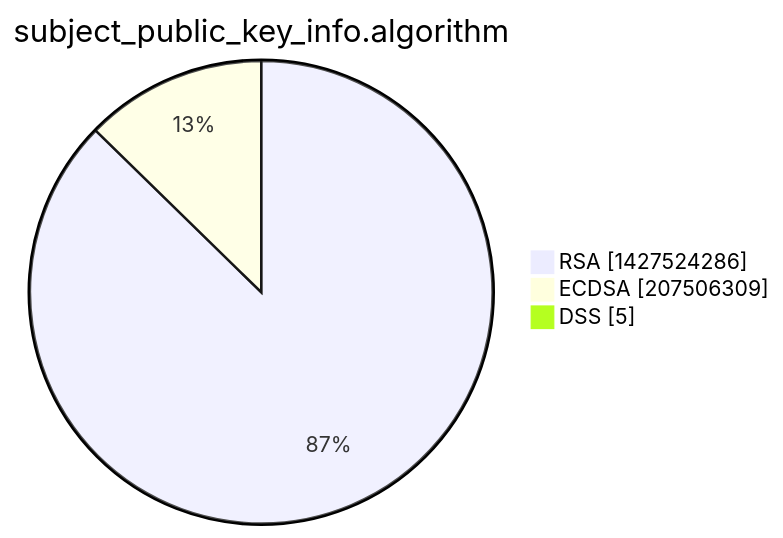
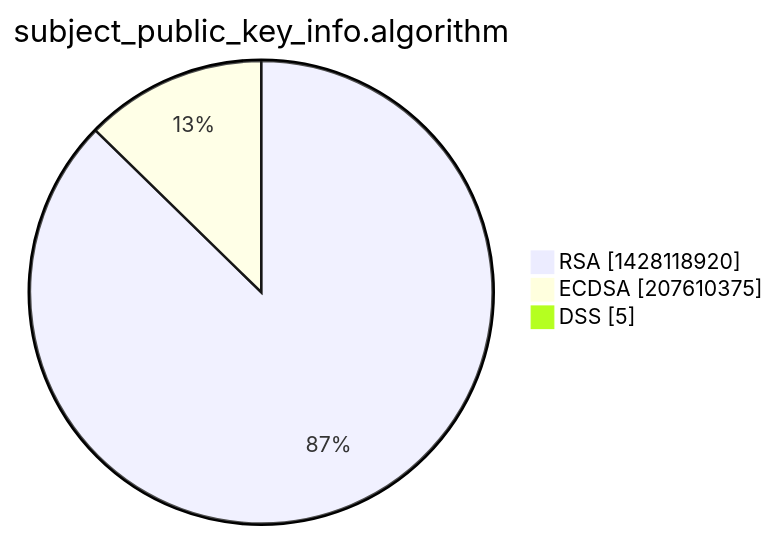
Before and after one commit to christiankrug/ctmonitor_visualization: the third of 15 diagrams in xenon2022/README.md, drawn with Mermaid. The commit also changed other lines of this file, not shown here.

````diff
--- a/xenon2022/README.md
+++ b/xenon2022/README.md
@@ -14,7 +14,7 @@
 ```mermaid
 pie showData
 title subject_public_key_info.algorithm
-"RSA" :1427524286
-"ECDSA" :207506309
+"RSA" :1428118920
+"ECDSA" :207610375
 "DSS" :5
 ```
````
